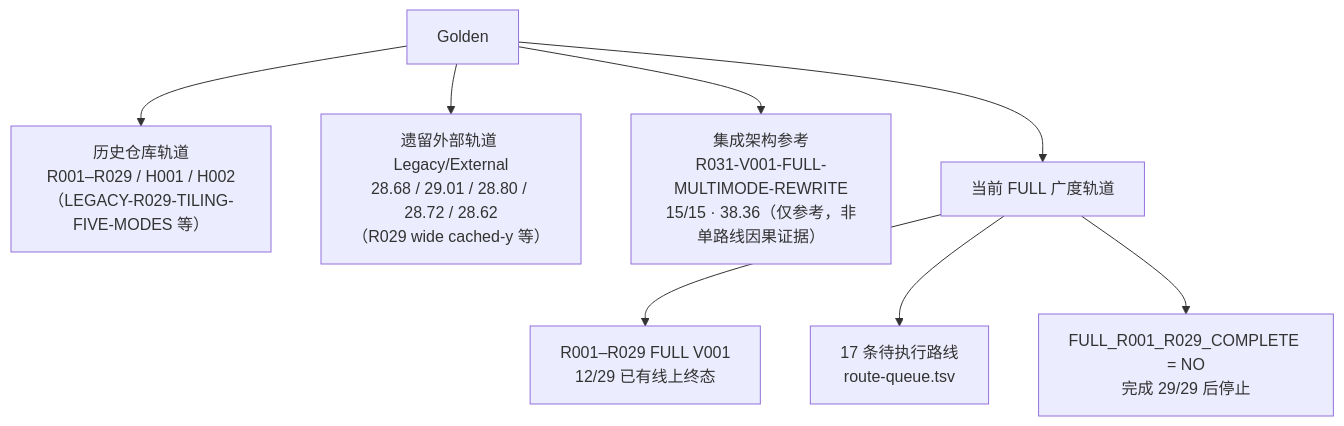
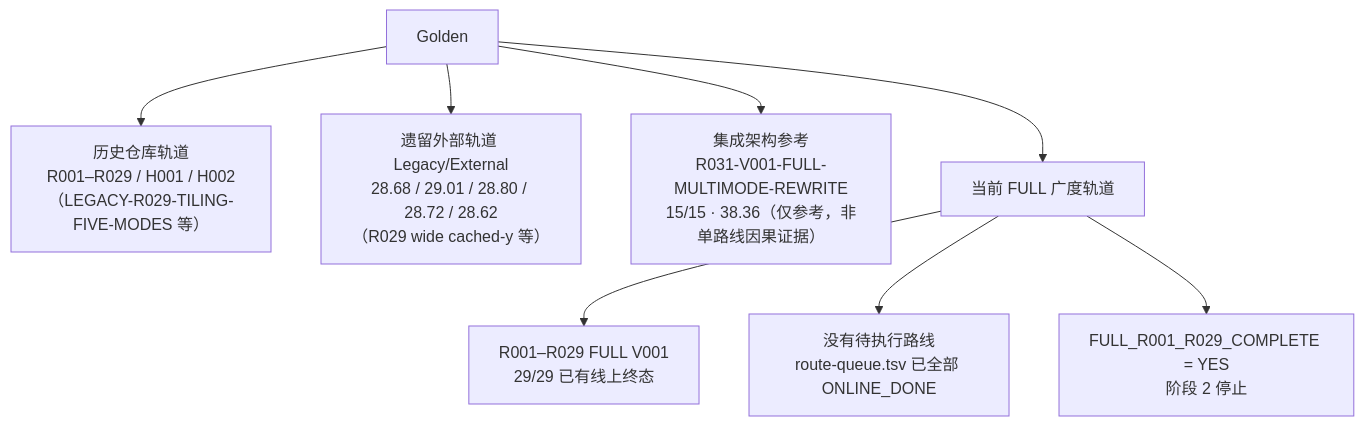
The diagram in 文档/当前状态.md (sxyq/CANN), drawn with Mermaid before and after one commit. The commit also changed other lines of this file and 25 other files, not shown here.

Commit message:
complete FULL R001-R029 online coverage

````diff
--- a/文档/当前状态.md
+++ b/文档/当前状态.md
@@ -64,11 +80,11 @@
 ```mermaid
 flowchart TD
     G["Golden"]
     G --> H["历史仓库轨道<br/>R001–R029 / H001 / H002<br/>（LEGACY-R029-TILING-FIVE-MODES 等）"]
     G --> L["遗留外部轨道 Legacy/External<br/>28.68 / 29.01 / 28.80 / 28.72 / 28.62<br/>（R029 wide cached-y 等）"]
     G --> R["集成架构参考<br/>R031-V001-FULL-MULTIMODE-REWRITE<br/>15/15 · 38.36（仅参考，非单路线因果证据）"]
     G --> F["当前 FULL 广度轨道"]
-    F --> F6["R001–R029 FULL V001<br/>12/29 已有线上终态"]
-    F --> F7["17 条待执行路线<br/>route-queue.tsv"]
-    F --> FP["FULL_R001_R029_COMPLETE = NO<br/>完成 29/29 后停止"]
+    F --> F6["R001–R029 FULL V001<br/>29/29 已有线上终态"]
+    F --> F7["没有待执行路线<br/>route-queue.tsv 已全部 ONLINE_DONE"]
+    F --> FP["FULL_R001_R029_COMPLETE = YES<br/>阶段 2 停止"]
 ```
````
